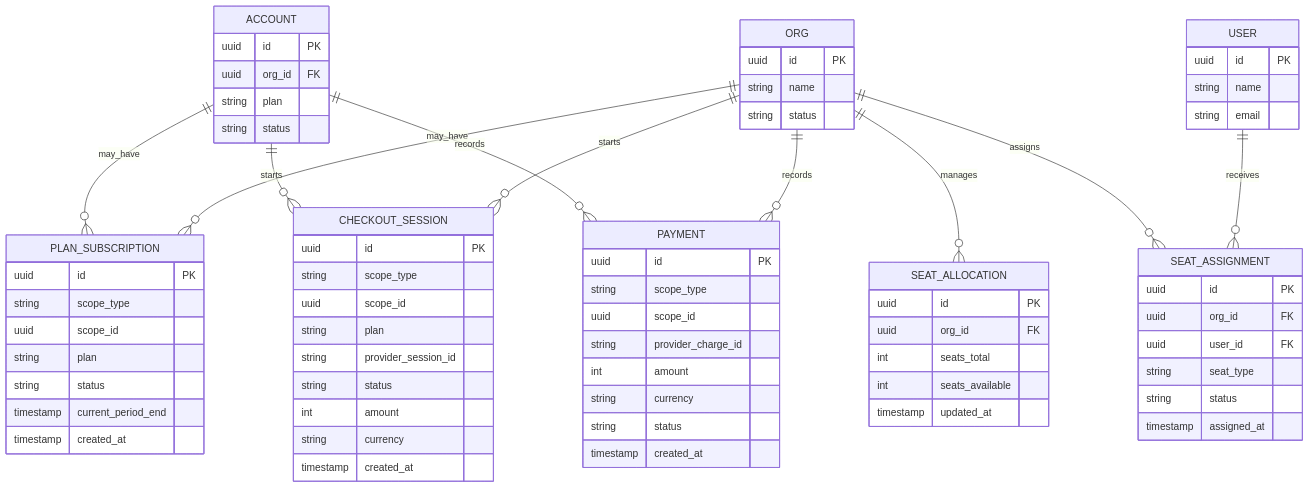
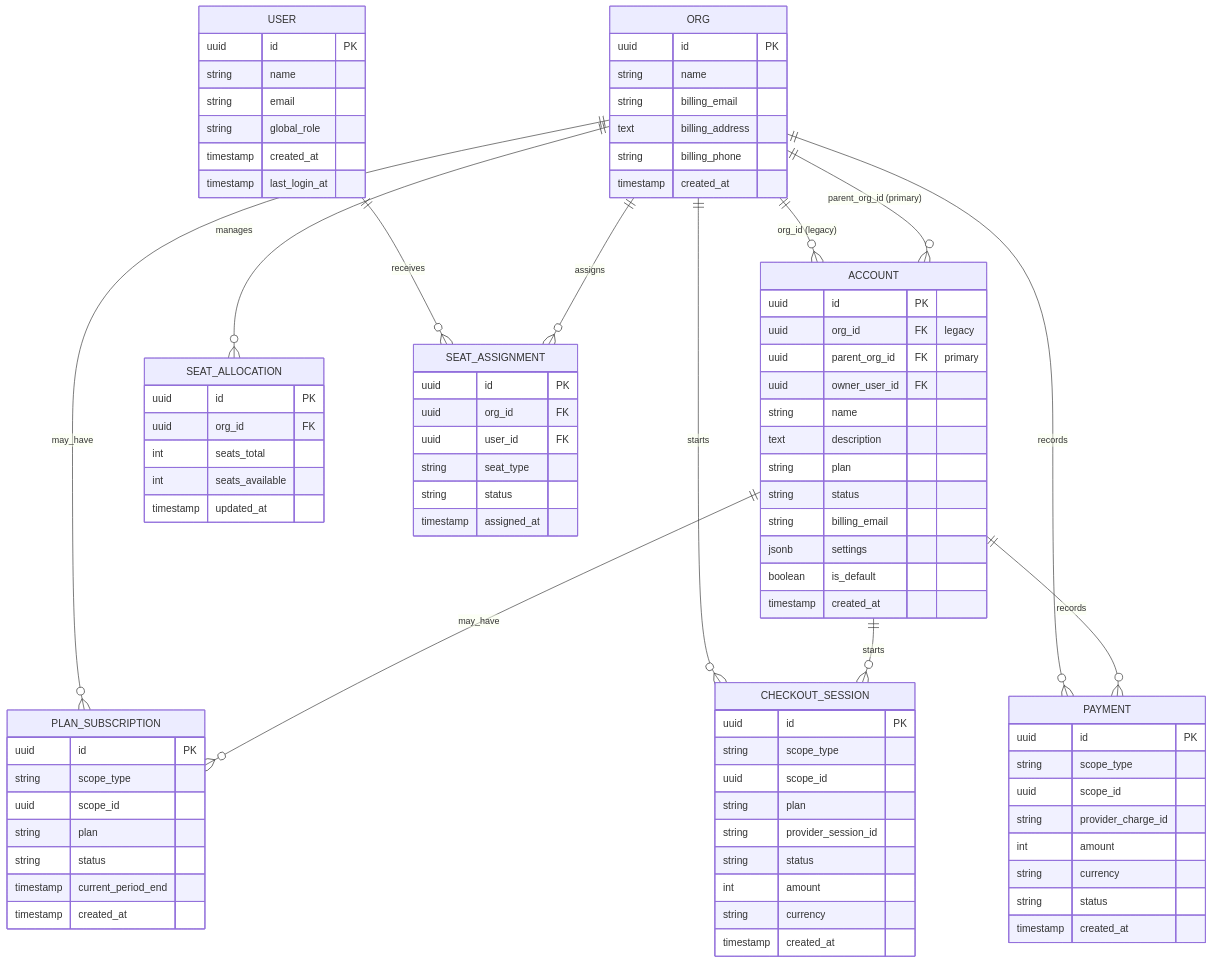
One commit to simply-simpy/song-craft-mono changed the diagram in diagrams/09-db/billing-subscriptions-erd.mermaid. Above: the diagram before and after it, drawn with Mermaid. The commit also changed 12 other files, not shown here.

```diff
--- a/diagrams/09-db/billing-subscriptions-erd.mermaid
+++ b/diagrams/09-db/billing-subscriptions-erd.mermaid
@@ -1,79 +1,95 @@
 erDiagram
   ACCOUNT {
     uuid id PK
-    uuid org_id FK
+    uuid org_id FK "legacy"
+    uuid parent_org_id FK "primary"
+    uuid owner_user_id FK
+    string name
+    text description
     string plan
     string status
+    string billing_email
+    jsonb settings
+    boolean is_default
+    timestamp created_at
   }
 
   ORG {
     uuid id PK
     string name
-    string status
+    string billing_email
+    text billing_address
+    string billing_phone
+    timestamp created_at
   }
 
   PLAN_SUBSCRIPTION {
     uuid id PK
     string scope_type
     uuid scope_id
     string plan
     string status
     timestamp current_period_end
     timestamp created_at
   }
 
   CHECKOUT_SESSION {
     uuid id PK
     string scope_type
     uuid scope_id
     string plan
     string provider_session_id
     string status
     int amount
     string currency
     timestamp created_at
   }
 
   PAYMENT {
     uuid id PK
     string scope_type
     uuid scope_id
     string provider_charge_id
     int amount
     string currency
     string status
     timestamp created_at
   }
 
   SEAT_ALLOCATION {
     uuid id PK
     uuid org_id FK
     int seats_total
     int seats_available
     timestamp updated_at
   }
 
   SEAT_ASSIGNMENT {
     uuid id PK
     uuid org_id FK
     uuid user_id FK
     string seat_type
     string status
     timestamp assigned_at
   }
 
   USER {
     uuid id PK
     string name
     string email
+    string global_role
+    timestamp created_at
+    timestamp last_login_at
   }
 
   ACCOUNT ||--o{ PLAN_SUBSCRIPTION : may_have
   ORG ||--o{ PLAN_SUBSCRIPTION : may_have
   ACCOUNT ||--o{ CHECKOUT_SESSION : starts
   ORG ||--o{ CHECKOUT_SESSION : starts
   ACCOUNT ||--o{ PAYMENT : records
   ORG ||--o{ PAYMENT : records
   ORG ||--o{ SEAT_ALLOCATION : manages
   ORG ||--o{ SEAT_ASSIGNMENT : assigns
   USER ||--o{ SEAT_ASSIGNMENT : receives
+  ORG ||--o{ ACCOUNT : "parent_org_id (primary)"
+  ORG ||--o{ ACCOUNT : "org_id (legacy)"
```
